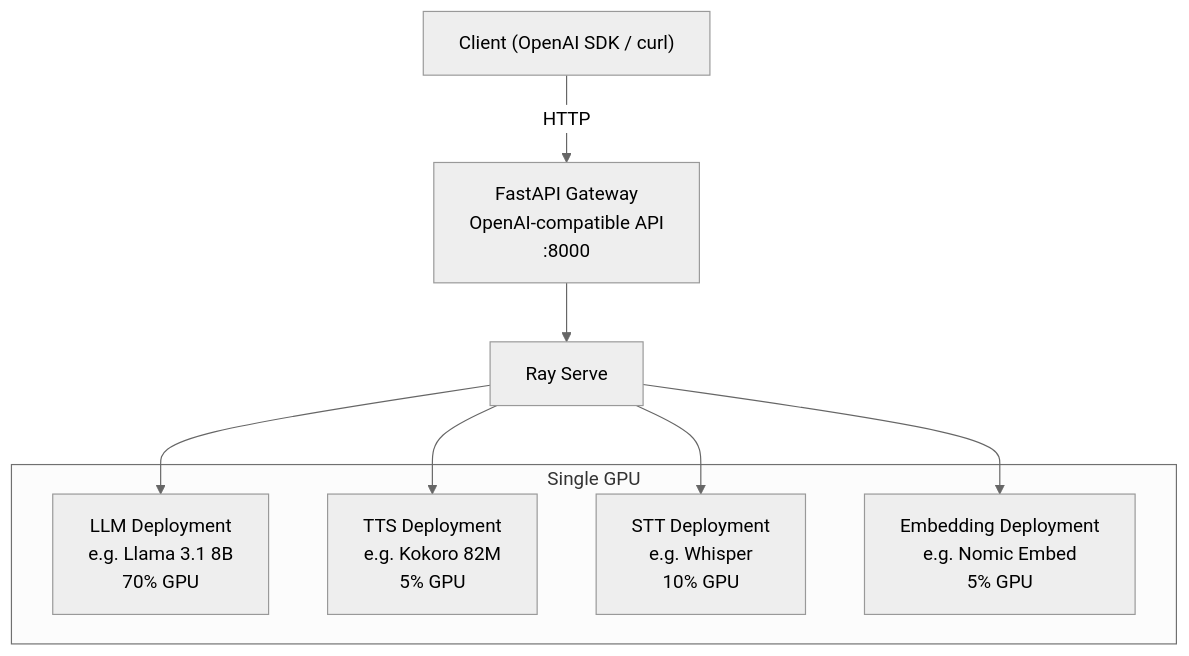
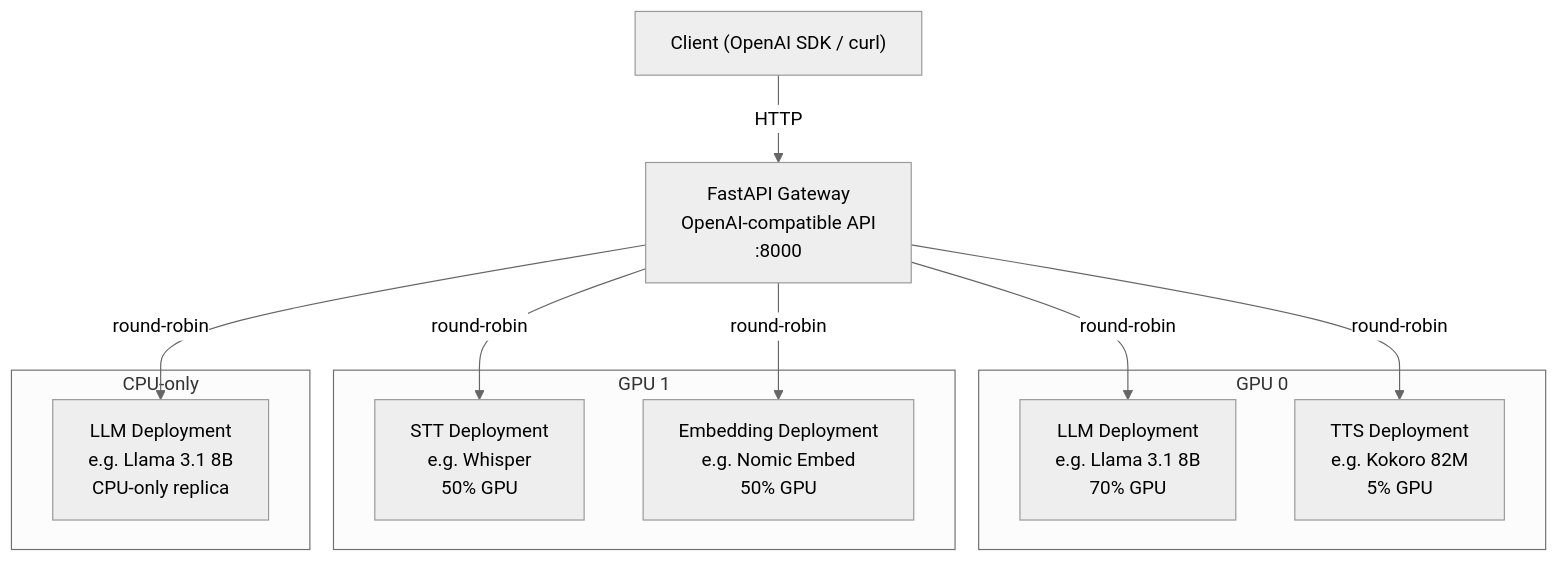
Before and after one commit to alez007/yasha: the diagram in README.md, drawn with Mermaid (neutral theme). The commit also changed other lines of this file, not shown here.

Commit message:
docs: update architecture diagram for multi-GPU and hybrid routing
Show multiple GPUs, CPU-only deployments, and round-robin routing
in the architecture diagram. Update feature bullets to reflect
multi-GPU, hybrid CPU/GPU routing, and replica scaling.

````diff
--- a/README.md
+++ b/README.md
@@ -7,21 +7,26 @@
 ```mermaid
 graph TD
     Client["Client (OpenAI SDK / curl)"]
     API["FastAPI Gateway<br/>OpenAI-compatible API<br/>:8000"]
-    Ray["Ray Serve"]
 
     Client -->|HTTP| API
-    API --> Ray
+    API -->|round-robin| LLM_GPU
+    API -->|round-robin| LLM_CPU
+    API -->|round-robin| TTS
+    API -->|round-robin| STT
+    API -->|round-robin| EMB
 
-    Ray --> LLM["LLM Deployment<br/>e.g. Llama 3.1 8B<br/>70% GPU"]
-    Ray --> TTS["TTS Deployment<br/>e.g. Kokoro 82M<br/>5% GPU"]
-    Ray --> STT["STT Deployment<br/>e.g. Whisper<br/>10% GPU"]
-    Ray --> EMB["Embedding Deployment<br/>e.g. Nomic Embed<br/>5% GPU"]
+    subgraph GPU0["GPU 0"]
+        LLM_GPU["LLM Deployment<br/>e.g. Llama 3.1 8B<br/>70% GPU"]
+        TTS["TTS Deployment<br/>e.g. Kokoro 82M<br/>5% GPU"]
+    end
 
-    subgraph GPU["Single GPU"]
-        LLM
-        TTS
-        STT
-        EMB
+    subgraph GPU1["GPU 1"]
+        STT["STT Deployment<br/>e.g. Whisper<br/>50% GPU"]
+        EMB["Embedding Deployment<br/>e.g. Nomic Embed<br/>50% GPU"]
+    end
+
+    subgraph CPU["CPU-only"]
+        LLM_CPU["LLM Deployment<br/>e.g. Llama 3.1 8B<br/>CPU-only replica"]
     end
 ```
````
